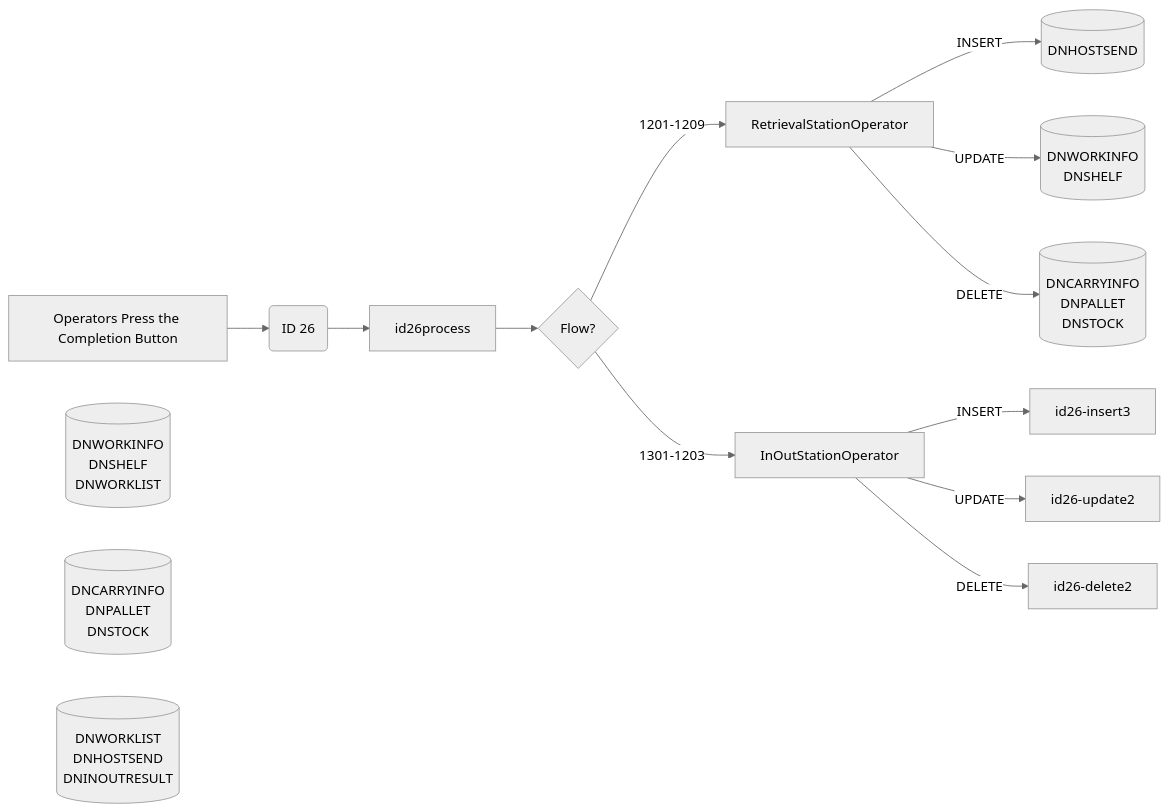
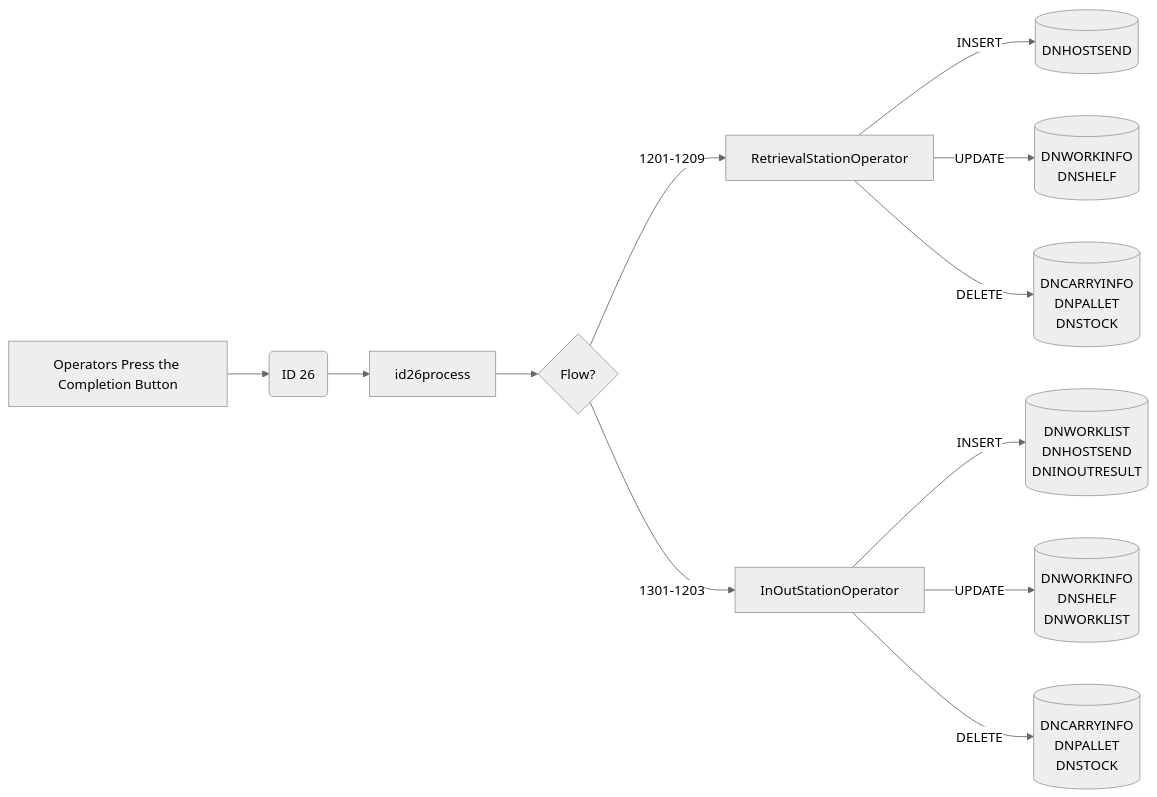
Diagram 19 of 19 in Basic-Design/DFD-WMS/Retrieval/Specific-Location-Retrieval-Setting.md (luthfiadityaa/SimeDarby-Wiki), drawn with Mermaid (neutral theme) before and after one commit.

Commit message:
Updated Specific Location Retrieval Setting

```diff
--- a/Basic-Design/DFD-WMS/Retrieval/Specific-Location-Retrieval-Setting.md
+++ b/Basic-Design/DFD-WMS/Retrieval/Specific-Location-Retrieval-Setting.md
@@ -834,62 +834,62 @@
 ::: mermaid
 flowchart LR
 
 buttonclicked["
 Operators Press the Completion Button
 "]
 
 id26msg("
 ID 26
 ")
 
 
 id26-updateRt[("
 DNWORKINFO
 DNSHELF
 ")]
 
 id26-deleteRt[("
 DNCARRYINFO
 DNPALLET
 DNSTOCK
 ")]
 
 id26-insertRt[("
 DNHOSTSEND
 ")]
 
 id26-updateIo[("
 DNWORKINFO
 DNSHELF
 DNWORKLIST
 ")]
 
 id26-deleteIo[("
 DNCARRYINFO
 DNPALLET
 DNSTOCK
 ")]
 
 id26-insertIo[("
 DNWORKLIST
 DNHOSTSEND
 DNINOUTRESULT
 ")]
 
 id26process[id26process]
 
 buttonclicked --> id26msg
 id26msg -->id26process-->Cond1{Flow?}
 
 RetrievalStationOperator--> |INSERT| id26-insertRt 
 RetrievalStationOperator--> |UPDATE| id26-updateRt 
 RetrievalStationOperator--> |DELETE| id26-deleteRt 
 
 Cond1{Flow?} --> |1201-1209| RetrievalStationOperator
 Cond1{Flow?} --> |1301-1203| InOutStationOperator
 
-InOutStationOperator --> |INSERT| id26-insert3
-InOutStationOperator --> |UPDATE| id26-update2
-InOutStationOperator --> |DELETE| id26-delete2
+InOutStationOperator --> |INSERT| id26-insertIo
+InOutStationOperator --> |UPDATE| id26-updateIo
+InOutStationOperator --> |DELETE| id26-deleteIo
 
 :::
```
